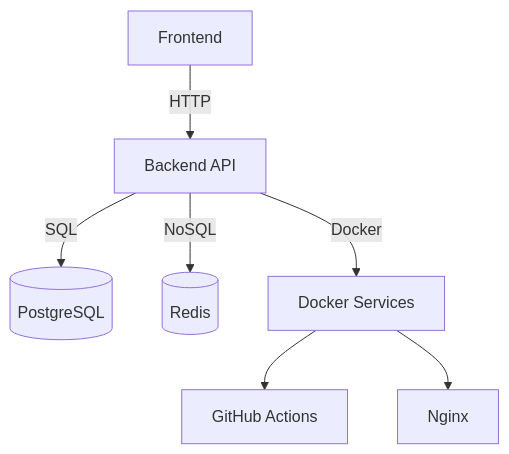
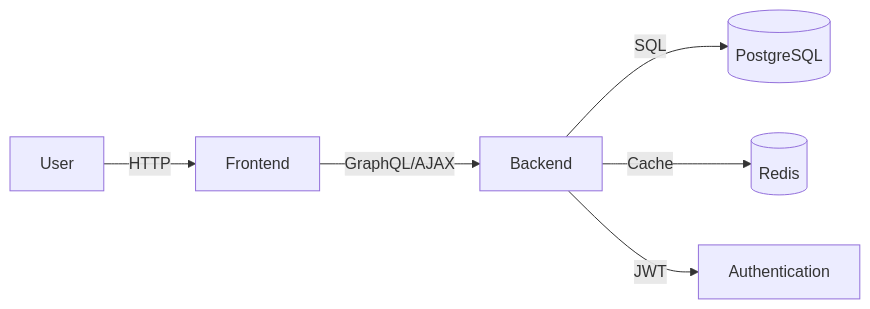
The diagram in README.md (atulmahajan81/shuttlematch-c578ae7c), drawn with Mermaid before and after one commit. The commit also changed other lines of this file and 67 other files, not shown here.

````diff
--- a/README.md
+++ b/README.md
@@ -114,9 +104,8 @@
 ```mermaid
-graph TD;
-  A[Frontend] -->|HTTP| B[Backend API]
-  B -->|SQL| C[(PostgreSQL)]
-  B -->|NoSQL| D[(Redis)]
-  B -->|Docker| E[Docker Services]
-  E --> F[GitHub Actions]
-  E --> G[Nginx]
+graph LR
+    A[User] -->|HTTP| B[Frontend]
+    B -->|GraphQL/AJAX| C[Backend]
+    C -->|SQL| D[(PostgreSQL)]
+    C -->|Cache| E[(Redis)]
+    C -->|JWT| F[Authentication]
 ```
````
